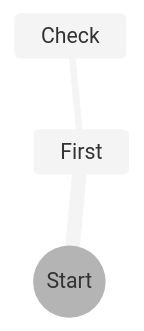
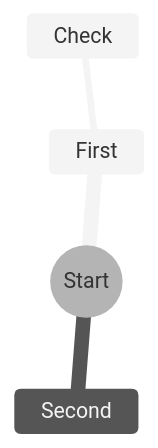
Before and after one commit to ockertbotha/mermaid-diagramming: the third of 4 diagrams in intro.md, drawn with Mermaid (neutral theme).

Commit message:
Updating mind map

````diff
--- a/intro.md
+++ b/intro.md
@@ -9,7 +9,7 @@
 ```mermaid
 mindmap
   root((Start))
     First
       Check
-      ::icon(fa fa-coffee)
+    Second
 ```
````
